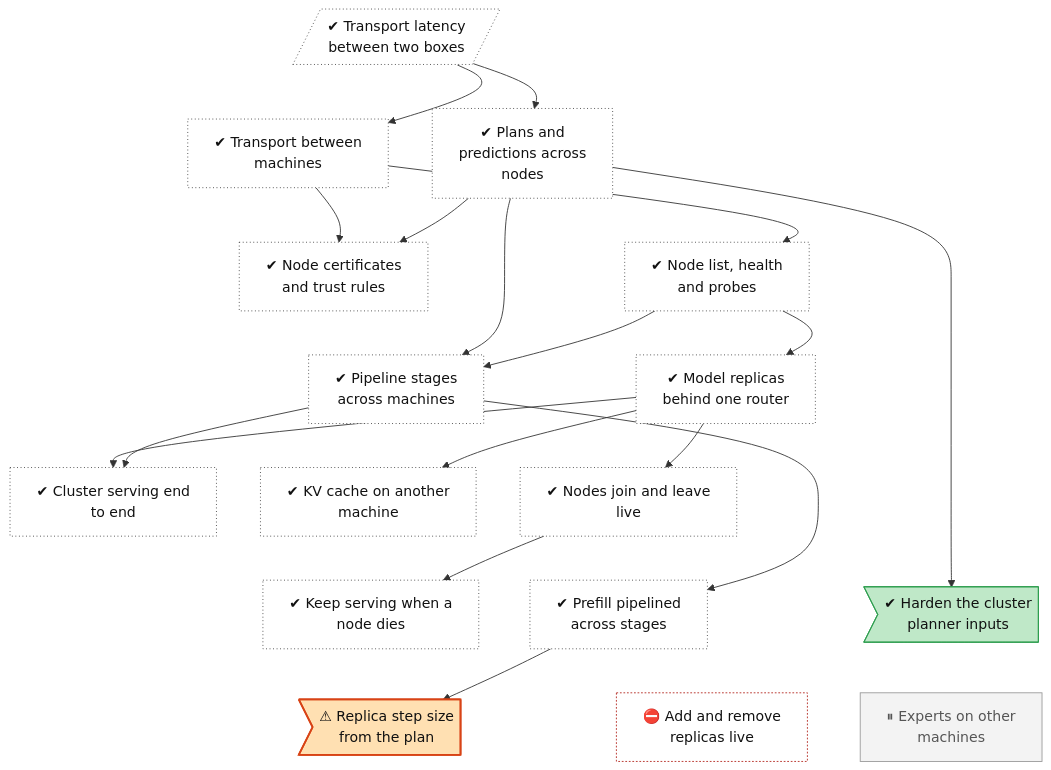
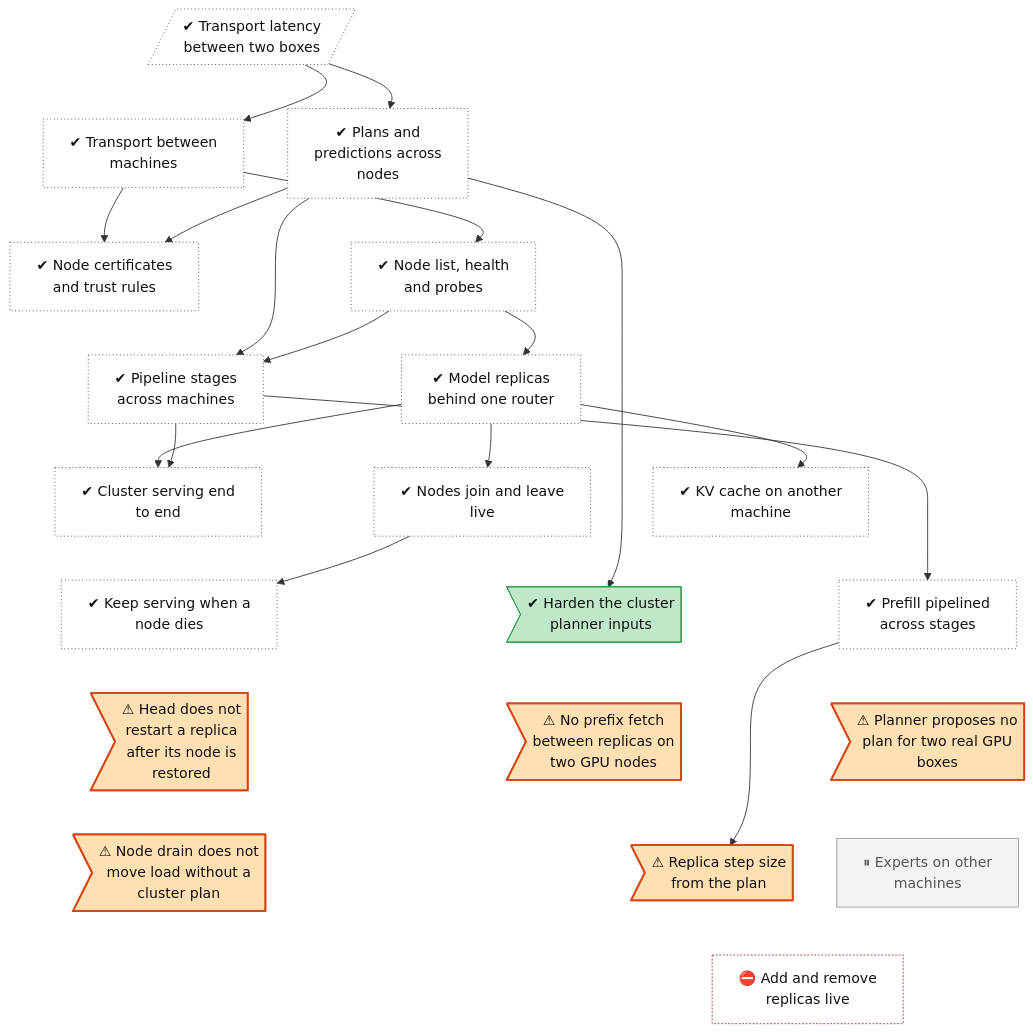
The diagram in docs/roadmap/tracks/cluster.md (lhns/tetraeder), drawn with Mermaid before and after one commit. The commit also changed other lines of this file and 4 other files, not shown here.

Commit message:
Phase 6 rehearsal (ADR 0091): phase6-rehearsal-20261125, tree node done, 4 defect nodes; not measured

````diff
--- a/docs/roadmap/tracks/cluster.md
+++ b/docs/roadmap/tracks/cluster.md
@@ -10,69 +10,79 @@
 ```mermaid
 flowchart TB
     cluster_transport_wan[/"✔ Transport latency<br/>between two boxes"/]
     cluster_transport["✔ Transport between<br/>machines"]
     cluster_planner["✔ Plans and<br/>predictions across<br/>nodes"]
     cluster_mtls["✔ Node certificates<br/>and trust rules"]
     cluster_discovery["✔ Node list, health<br/>and probes"]
     cluster_pipeline_nodes["✔ Pipeline stages<br/>across machines"]
     cluster_replicas["✔ Model replicas<br/>behind one router"]
     cluster_integration["✔ Cluster serving end<br/>to end"]
     cluster_join_leave["✔ Nodes join and leave<br/>live"]
     cluster_remote_kv["✔ KV cache on another<br/>machine"]
     cluster_failover["✔ Keep serving when a<br/>node dies"]
     cluster_planner_hardening>"✔ Harden the cluster<br/>planner inputs"]
     cluster_pipeline_prefill["✔ Prefill pipelined<br/>across stages"]
+    cluster_rejoin_after_restore>"⚠ Head does not<br/>restart a replica<br/>after its node is<br/>restored"]
+    cluster_prefix_fetch_not_triggered>"⚠ No prefix fetch<br/>between replicas on<br/>two GPU nodes"]
+    cluster_plan_source_gpu_segments>"⚠ Planner proposes no<br/>plan for two real GPU<br/>boxes"]
+    cluster_drain_without_plan>"⚠ Node drain does not<br/>move load without a<br/>cluster plan"]
     cluster_step_tokens_from_plan>"⚠ Replica step size<br/>from the plan"]
     cluster_experts_nodes["⏸ Experts on other<br/>machines"]
     cluster_replica_scaling["⛔ Add and remove<br/>replicas live"]
     cluster_transport_wan ~~~ cluster_transport
     cluster_transport_wan ~~~ cluster_planner
     cluster_transport ~~~ cluster_mtls
     cluster_planner ~~~ cluster_discovery
     cluster_mtls ~~~ cluster_pipeline_nodes
     cluster_discovery ~~~ cluster_replicas
     cluster_pipeline_nodes ~~~ cluster_integration
     cluster_replicas ~~~ cluster_join_leave
     cluster_replicas ~~~ cluster_remote_kv
     cluster_integration ~~~ cluster_failover
     cluster_join_leave ~~~ cluster_planner_hardening
     cluster_remote_kv ~~~ cluster_pipeline_prefill
-    cluster_failover ~~~ cluster_step_tokens_from_plan
-    cluster_planner_hardening ~~~ cluster_experts_nodes
-    cluster_pipeline_prefill ~~~ cluster_replica_scaling
+    cluster_failover ~~~ cluster_rejoin_after_restore
+    cluster_planner_hardening ~~~ cluster_prefix_fetch_not_triggered
+    cluster_pipeline_prefill ~~~ cluster_plan_source_gpu_segments
+    cluster_rejoin_after_restore ~~~ cluster_drain_without_plan
+    cluster_prefix_fetch_not_triggered ~~~ cluster_step_tokens_from_plan
+    cluster_plan_source_gpu_segments ~~~ cluster_experts_nodes
+    cluster_drain_without_plan ~~~ cluster_replica_scaling
+    cluster_step_tokens_from_plan ~~~ cluster_replica_scaling
+    cluster_experts_nodes ~~~ cluster_replica_scaling
     cluster_transport_wan --> cluster_transport
     cluster_transport_wan --> cluster_planner
     cluster_transport --> cluster_mtls
     cluster_planner --> cluster_mtls
     cluster_transport --> cluster_discovery
     cluster_planner --> cluster_pipeline_nodes
     cluster_discovery --> cluster_pipeline_nodes
     cluster_discovery --> cluster_replicas
     cluster_replicas --> cluster_integration
     cluster_pipeline_nodes --> cluster_integration
     cluster_replicas --> cluster_join_leave
     cluster_replicas --> cluster_remote_kv
     cluster_join_leave --> cluster_failover
     cluster_planner --> cluster_planner_hardening
     cluster_pipeline_nodes --> cluster_pipeline_prefill
     cluster_pipeline_prefill --> cluster_step_tokens_from_plan
     classDef vsucc fill:#2e9e4f,stroke:#1b6b34,color:#fff
     classDef succ fill:#bfe8c8,stroke:#2e9e4f,color:#111
     classDef mixed fill:#ffd37a,stroke:#c98a00,color:#111
     classDef bad fill:#f28b82,stroke:#b3261e,color:#111
     classDef dead fill:#e6e6e6,stroke:#777,stroke-dasharray:5 5,color:#555
     classDef inprog fill:#a8cdf5,stroke:#1f6fc5,color:#111
     classDef next fill:#fff,stroke:#333,color:#111
     classDef blocked fill:#fff,stroke:#b3261e,stroke-dasharray:2 2,color:#111
     classDef parked fill:#f3f3f3,stroke:#999,color:#555
     classDef unrated fill:#fff,stroke:#333,stroke-dasharray:1 3,color:#111
     classDef gate fill:#d9c2f0,stroke:#7b3fb5,color:#111
     classDef decided fill:#ece0f7,stroke:#7b3fb5,stroke-dasharray:2 2,color:#111
     classDef finding fill:#ffe0b2,stroke:#d84315,stroke-width:2px,color:#111
     classDef waiting fill:#e3f2fd,stroke:#1f6fc5,stroke-dasharray:5 5,color:#111
     class cluster_transport_wan,cluster_transport,cluster_planner,cluster_mtls,cluster_discovery,cluster_pipeline_nodes,cluster_replicas,cluster_integration,cluster_join_leave,cluster_remote_kv,cluster_failover,cluster_pipeline_prefill unrated
     class cluster_planner_hardening succ
-    class cluster_step_tokens_from_plan finding
+    class cluster_rejoin_after_restore,cluster_prefix_fetch_not_triggered,cluster_plan_source_gpu_segments,cluster_drain_without_plan,cluster_step_tokens_from_plan finding
     class cluster_experts_nodes parked
     class cluster_replica_scaling blocked
 ```
````
